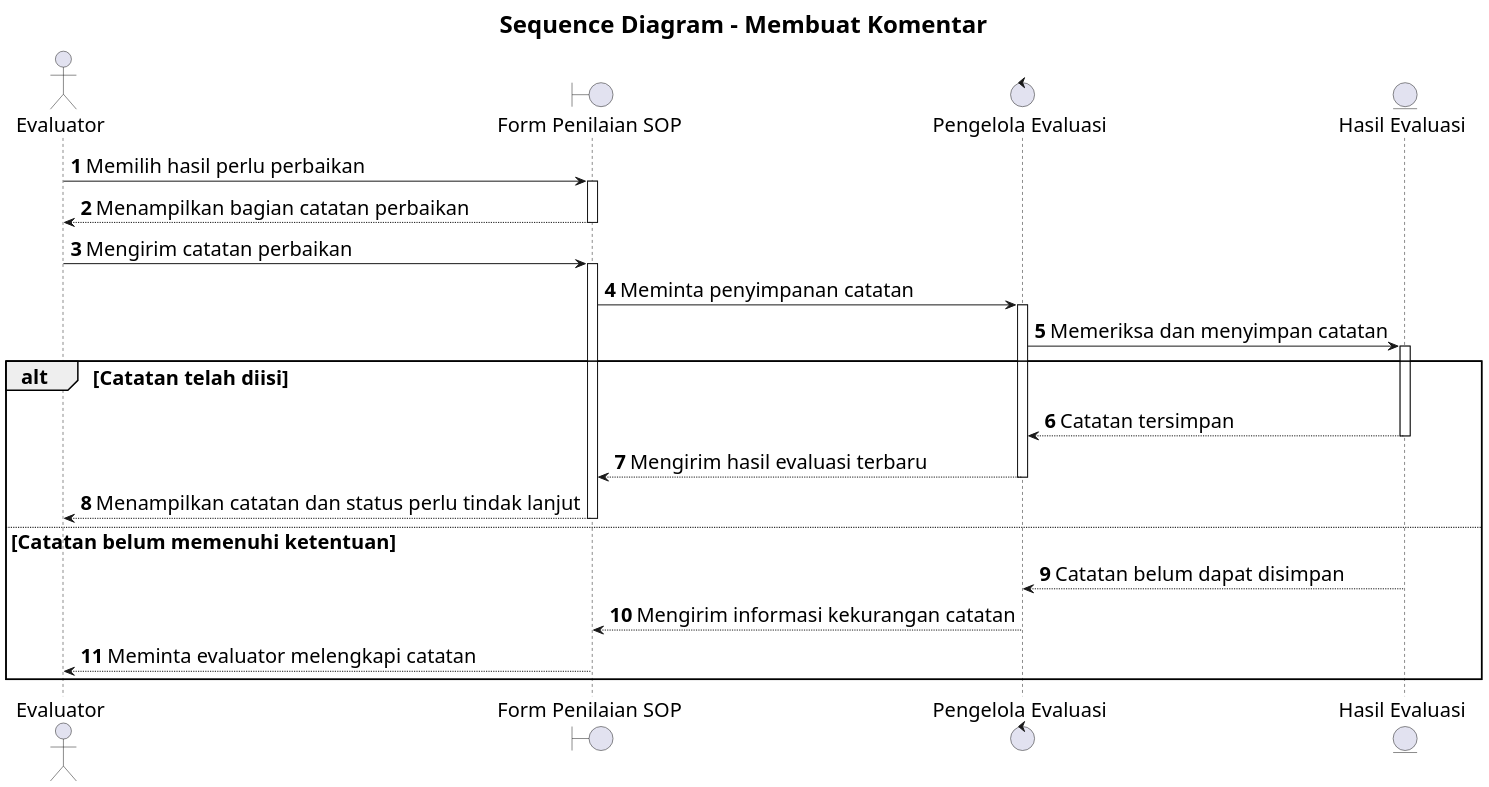
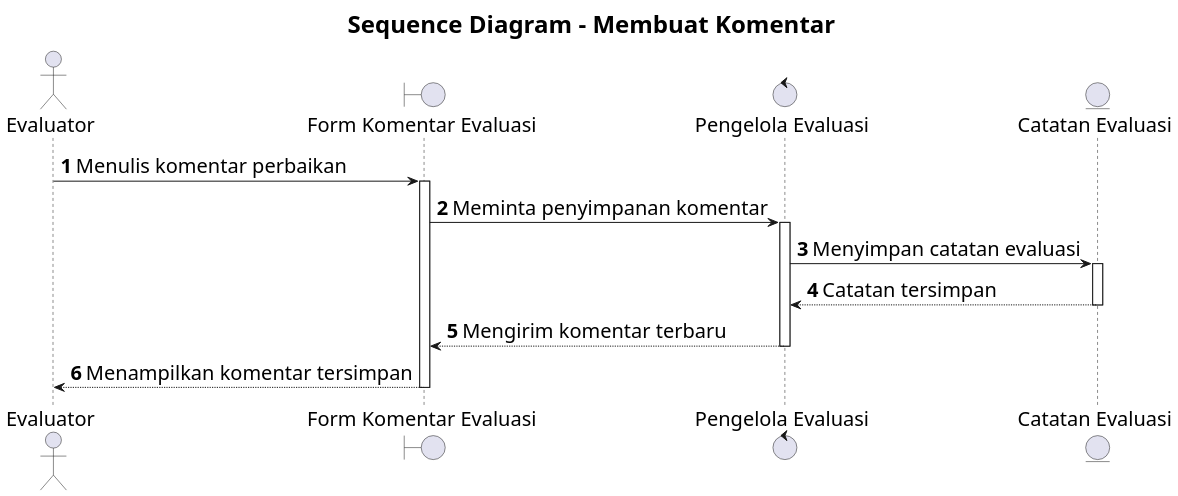
Before and after one commit to howlil/sop-generate-app: the diagram in docs/sequence/lampiran/evaluator-membuat-komentar.md, drawn with PlantUML. The commit also changed other lines of this file and 20 other files, not shown here.

Commit message:
docs(sequence): simplify interaction detail across use cases

````diff
--- a/docs/sequence/lampiran/evaluator-membuat-komentar.md
+++ b/docs/sequence/lampiran/evaluator-membuat-komentar.md
@@ -16,33 +16,24 @@
 ```plantuml
 @startuml
 skinparam defaultFontSize 20
 skinparam titleFontSize 24
 skinparam dpi 160
 
 title Sequence Diagram - Membuat Komentar
 autonumber
 autoactivate on
 
 actor "Evaluator" as A
-boundary "Form Penilaian SOP" as B
+boundary "Form Komentar Evaluasi" as B
 control "Pengelola Evaluasi" as C
-entity "Hasil Evaluasi" as D
+entity "Catatan Evaluasi" as D
 
-A -> B : Memilih hasil perlu perbaikan
-B --> A : Menampilkan bagian catatan perbaikan
-A -> B : Mengirim catatan perbaikan
-B -> C : Meminta penyimpanan catatan
-C -> D : Memeriksa dan menyimpan catatan
-
-alt Catatan telah diisi
-  D --> C : Catatan tersimpan
-  C --> B : Mengirim hasil evaluasi terbaru
-  B --> A : Menampilkan catatan dan status perlu tindak lanjut
-else Catatan belum memenuhi ketentuan
-  D --> C : Catatan belum dapat disimpan
-  C --> B : Mengirim informasi kekurangan catatan
-  B --> A : Meminta evaluator melengkapi catatan
-end
+A -> B : Menulis komentar perbaikan
+B -> C : Meminta penyimpanan komentar
+C -> D : Menyimpan catatan evaluasi
+D --> C : Catatan tersimpan
+C --> B : Mengirim komentar terbaru
+B --> A : Menampilkan komentar tersimpan
 
 @enduml
 ```
````
